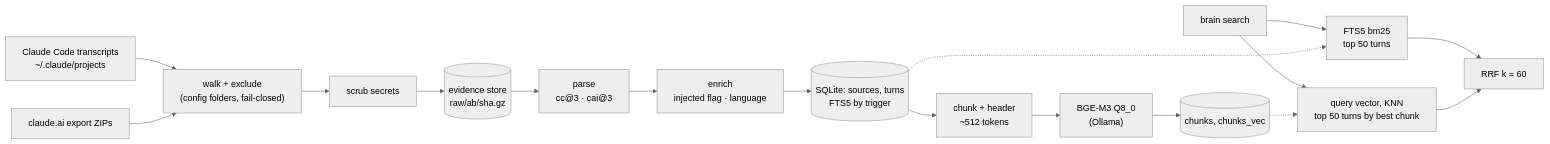
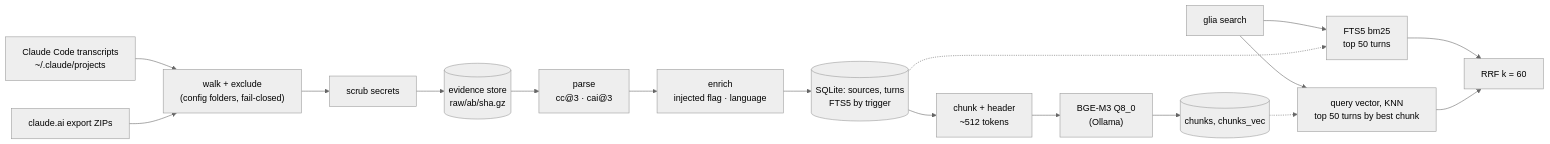
The diagram in docs/algorithm.md (Galaxymak1/glia), drawn with Mermaid (neutral theme) before and after one commit. The commit also changed other lines of this file and 25 other files, not shown here.

````diff
--- a/docs/algorithm.md
+++ b/docs/algorithm.md
@@ -7,19 +7,19 @@
 ```mermaid
 flowchart LR
   A["Claude Code transcripts<br/>~/.claude/projects"] --> W["walk + exclude<br/>(config folders, fail-closed)"]
   B["claude.ai export ZIPs"] --> W
   W --> S["scrub secrets"]
   S --> E[("evidence store<br/>raw/ab/sha.gz")]
   E --> P["parse<br/>cc@3 · cai@3"]
   P --> N["enrich<br/>injected flag · language"]
   N --> T[("SQLite: sources, turns<br/>FTS5 by trigger")]
   T --> C["chunk + header<br/>~512 tokens"]
   C --> O["BGE-M3 Q8_0<br/>(Ollama)"]
   O --> V[("chunks, chunks_vec")]
-  Q["brain search"] --> F["FTS5 bm25<br/>top 50 turns"]
+  Q["glia search"] --> F["FTS5 bm25<br/>top 50 turns"]
   Q --> K["query vector, KNN<br/>top 50 turns by best chunk"]
   T -.-> F
   V -.-> K
   F --> R["RRF k = 60"]
   K --> R
 ```
````
